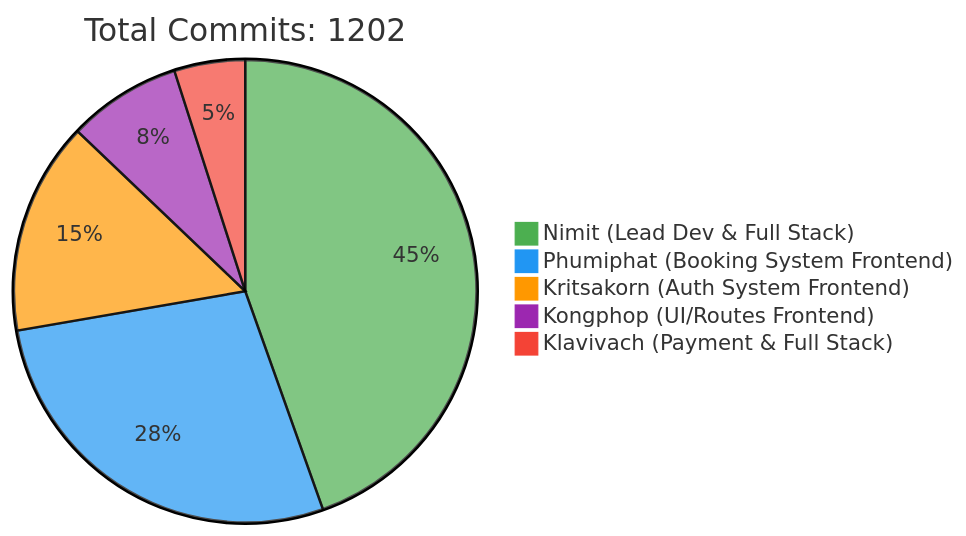
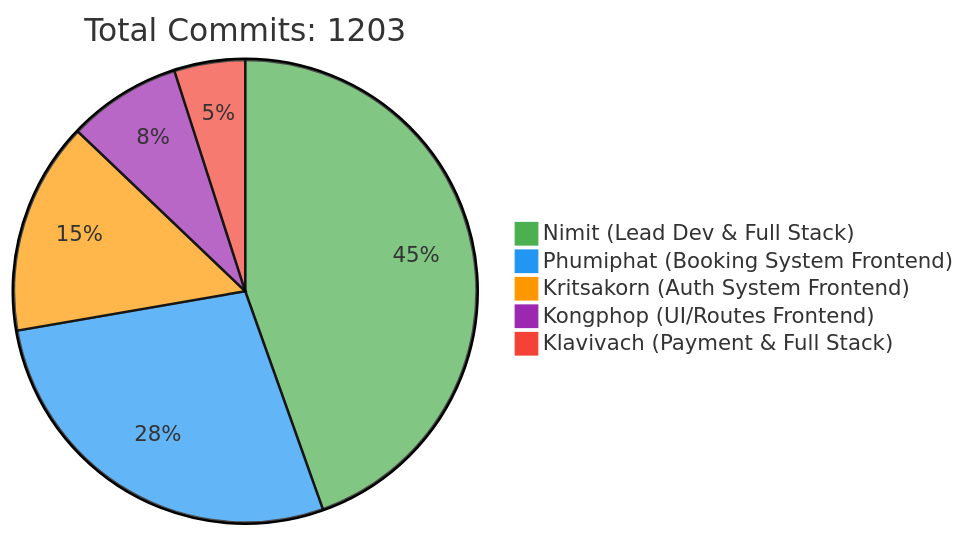
One commit to 6531503042/Sport-Complex changed the first of 2 diagrams in README.md. Above: the diagram before and after it, drawn with Mermaid. The commit also changed other lines of this file, not shown here.

Commit message:
docs: Update contributor statistics [skip ci]

````diff
--- a/README.md
+++ b/README.md
@@ -257,10 +257,10 @@
 ```mermaid
 %%{init: {'theme': 'base', 'themeVariables': { 'pie1': '#4CAF50', 'pie2': '#2196F3', 'pie3': '#FF9800', 'pie4': '#9C27B0', 'pie5': '#F44336'}}}%%
 pie
-    title Total Commits: 1202
+    title Total Commits: 1203
     "Nimit (Lead Dev & Full Stack)" : 450
     "Phumiphat (Booking System Frontend)" : 280
     "Kritsakorn (Auth System Frontend)" : 150
     "Kongphop (UI/Routes Frontend)" : 80
     "Klavivach (Payment & Full Stack)" : 50
 ```
````
